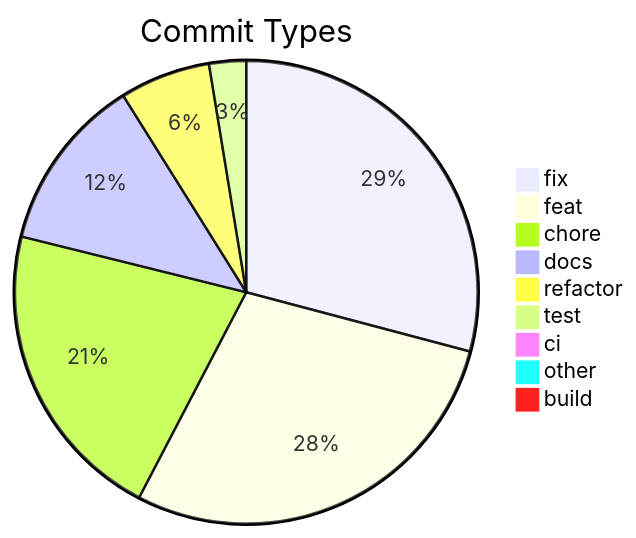
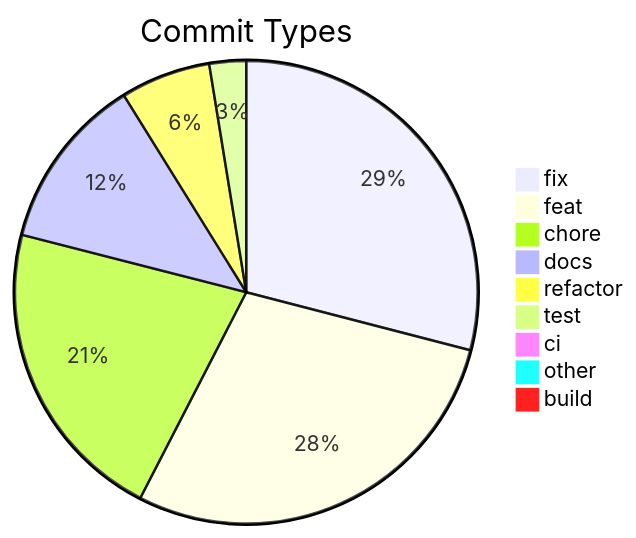
One commit to svenroth-ai/shipwright changed the diagram in .shipwright/compliance/change-history.md. Above: the diagram before and after it, drawn with Mermaid. The commit also changed other lines of this file and 27 other files, not shown here.

````diff
--- a/.shipwright/compliance/change-history.md
+++ b/.shipwright/compliance/change-history.md
@@ -10,12 +10,12 @@
 ```mermaid
 pie title Commit Types
-    "fix" : 350
-    "feat" : 343
-    "chore" : 255
+    "fix" : 351
+    "feat" : 345
+    "chore" : 259
     "docs" : 147
     "refactor" : 76
     "test" : 31
     "ci" : 11
     "other" : 9
     "build" : 1
 ```
````
